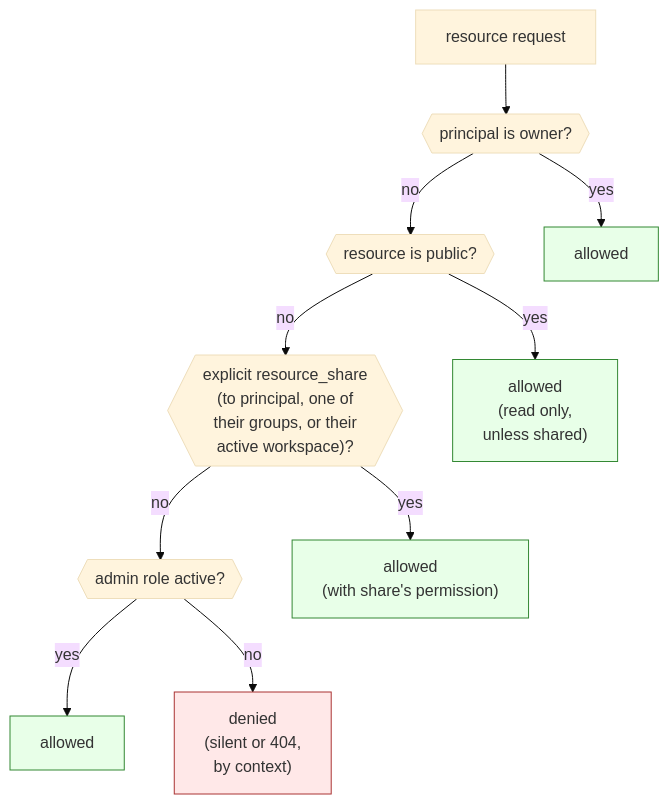
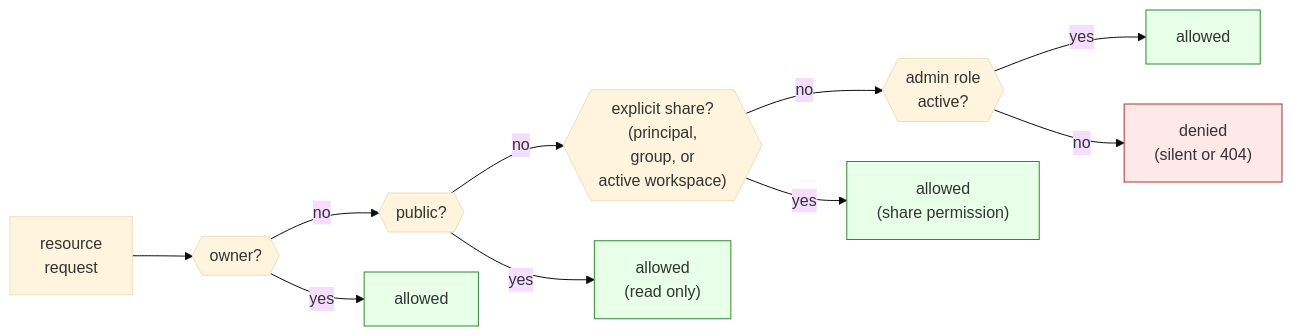
The diagram in docs/design/diagrams/SRD-0114/visibility-resolution.mmd (nosqlbench/hyperplane-rs), drawn with Mermaid (base theme) before and after one commit. The commit also changed 36 other files, not shown here.

Commit message:
diagram fixes

```diff
--- a/docs/design/diagrams/SRD-0114/visibility-resolution.mmd
+++ b/docs/design/diagrams/SRD-0114/visibility-resolution.mmd
@@ -1,23 +1,30 @@
 %% Copyright (c) Jonathan Shook
 %% SPDX-License-Identifier: Apache-2.0
-flowchart TB
-    Start["resource request"]
-    Q1{{"principal is owner?"}}
-    Q2{{"resource is public?"}}
-    Q3{{"explicit resource_share<br/>(to principal, one of<br/>their groups, or their<br/>active workspace)?"}}
-    Q4{{"admin role active?"}}
+%%{init: {'flowchart': {'nodeSpacing': 40, 'rankSpacing': 60}}}%%
+flowchart LR
+    Start["resource<br/>request"]
+    Q1{{"owner?"}}
+    Q2{{"public?"}}
+    Q3{{"explicit share?<br/>(principal,<br/>group, or<br/>active workspace)"}}
+    Q4{{"admin role<br/>active?"}}
+
+    A1["allowed"]
+    A2["allowed<br/>(read only)"]
+    A3["allowed<br/>(share permission)"]
+    A4["allowed"]
+    D["denied<br/>(silent or 404)"]
 
     Start --> Q1
-    Q1 -- yes --> A1["allowed"]
+    Q1 -- yes --> A1
     Q1 -- no --> Q2
-    Q2 -- yes --> A2["allowed<br/>(read only,<br/>unless shared)"]
+    Q2 -- yes --> A2
     Q2 -- no --> Q3
-    Q3 -- yes --> A3["allowed<br/>(with share's permission)"]
+    Q3 -- yes --> A3
     Q3 -- no --> Q4
-    Q4 -- yes --> A4["allowed"]
-    Q4 -- no --> D["denied<br/>(silent or 404,<br/>by context)"]
+    Q4 -- yes --> A4
+    Q4 -- no --> D
 
     classDef ok fill:#e8ffe8,stroke:#338833
     classDef no fill:#ffe8e8,stroke:#aa3333
     class A1,A2,A3,A4 ok
     class D no
```
